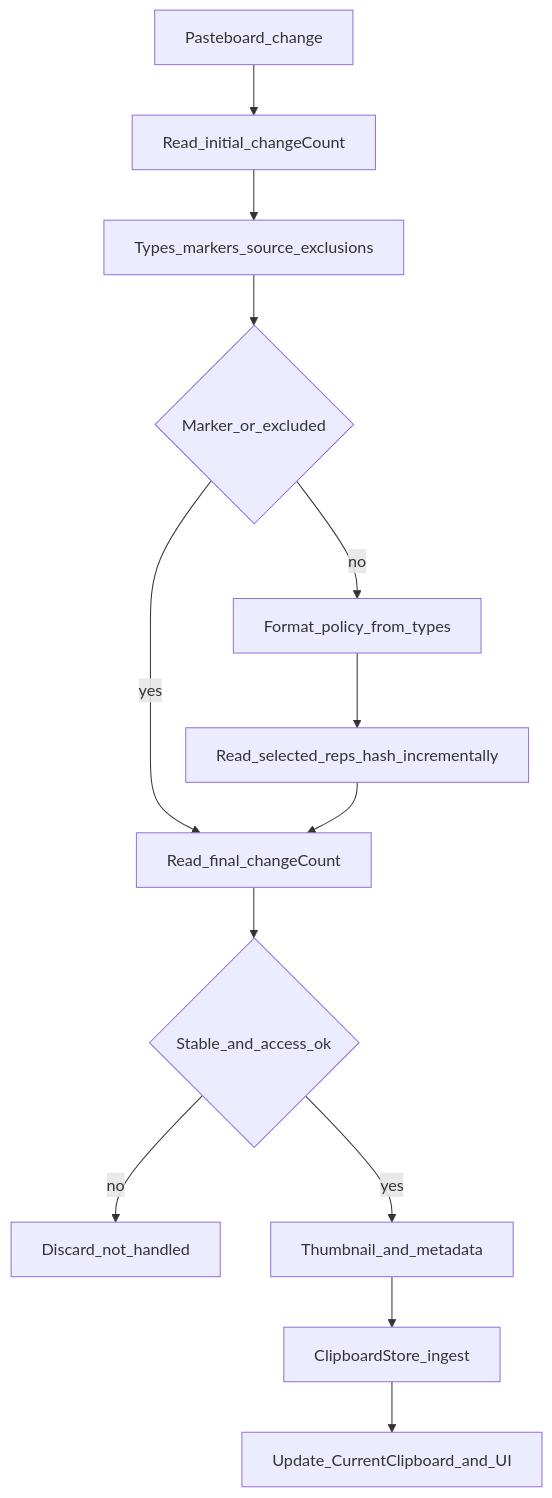
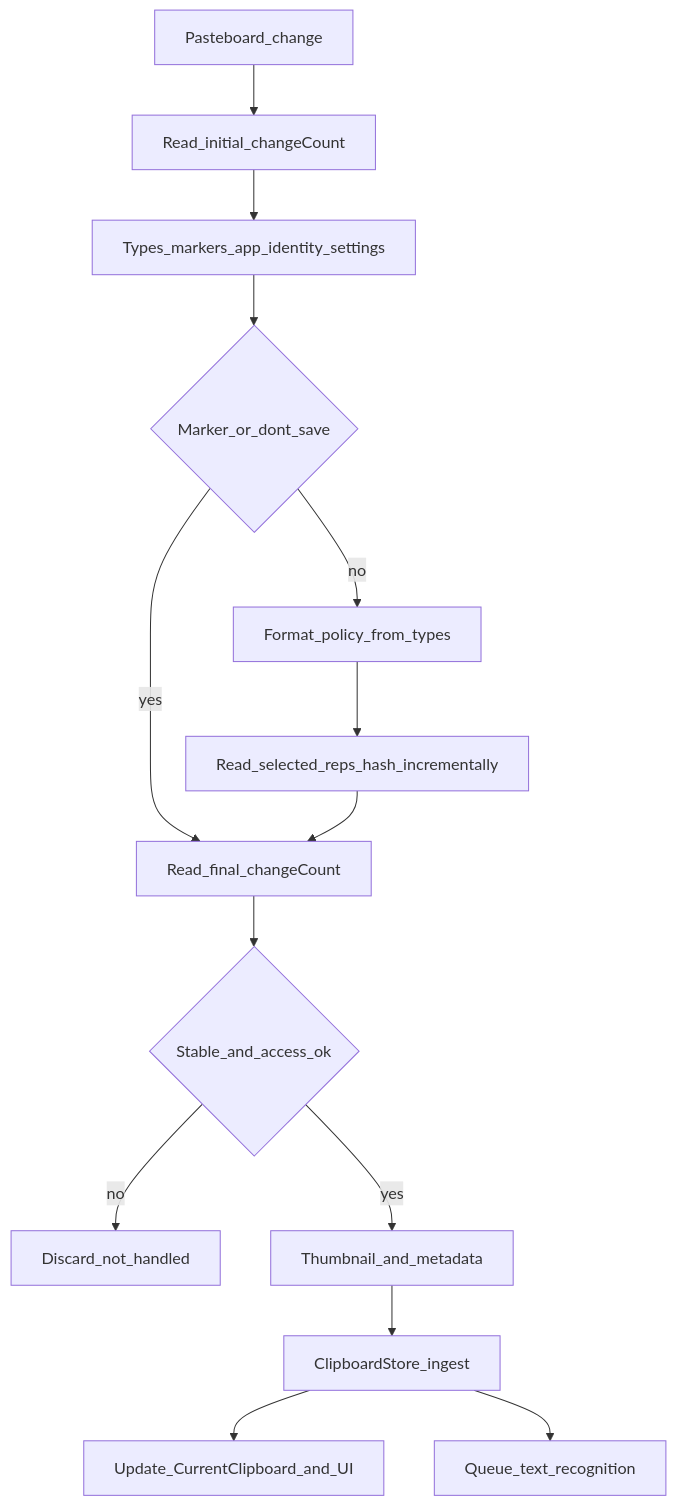
The first of 2 diagrams in docs/PLAN.md (dan-leech/memopila), drawn with Mermaid before and after one commit. The commit also changed other lines of this file and 1 other file, not shown here.

First line of the commit message:
Plan: per-app settings, pause/skip, text in images, source page, text tools

````diff
--- a/docs/PLAN.md
+++ b/docs/PLAN.md
@@ -407,21 +416,23 @@
 ```mermaid
 flowchart TD
   change[Pasteboard_change]
   beginGuard[Read_initial_changeCount]
-  markers[Types_markers_source_exclusions]
-  skip{Marker_or_excluded}
+  markers[Types_markers_app_identity_settings]
+  skip{Marker_or_dont_save}
   policy[Format_policy_from_types]
   copyPayload[Read_selected_reps_hash_incrementally]
   endGuard[Read_final_changeCount]
   stable{Stable_and_access_ok}
   discard[Discard_not_handled]
   thumb[Thumbnail_and_metadata]
   store[ClipboardStore_ingest]
   current[Update_CurrentClipboard_and_UI]
+  ocr[Queue_text_recognition]
   change --> beginGuard --> markers --> skip
   skip -->|yes| endGuard
   skip -->|no| policy --> copyPayload --> endGuard
   endGuard --> stable
   stable -->|no| discard
   stable -->|yes| thumb --> store --> current
+  store --> ocr
 ```
````
